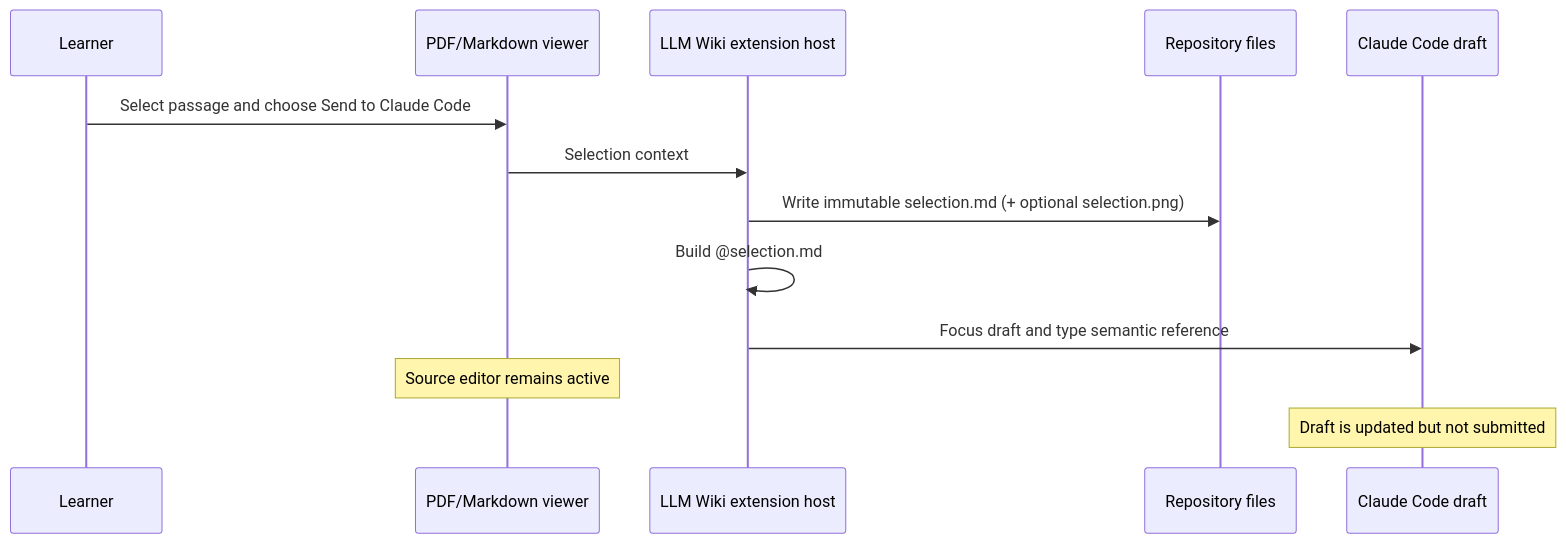
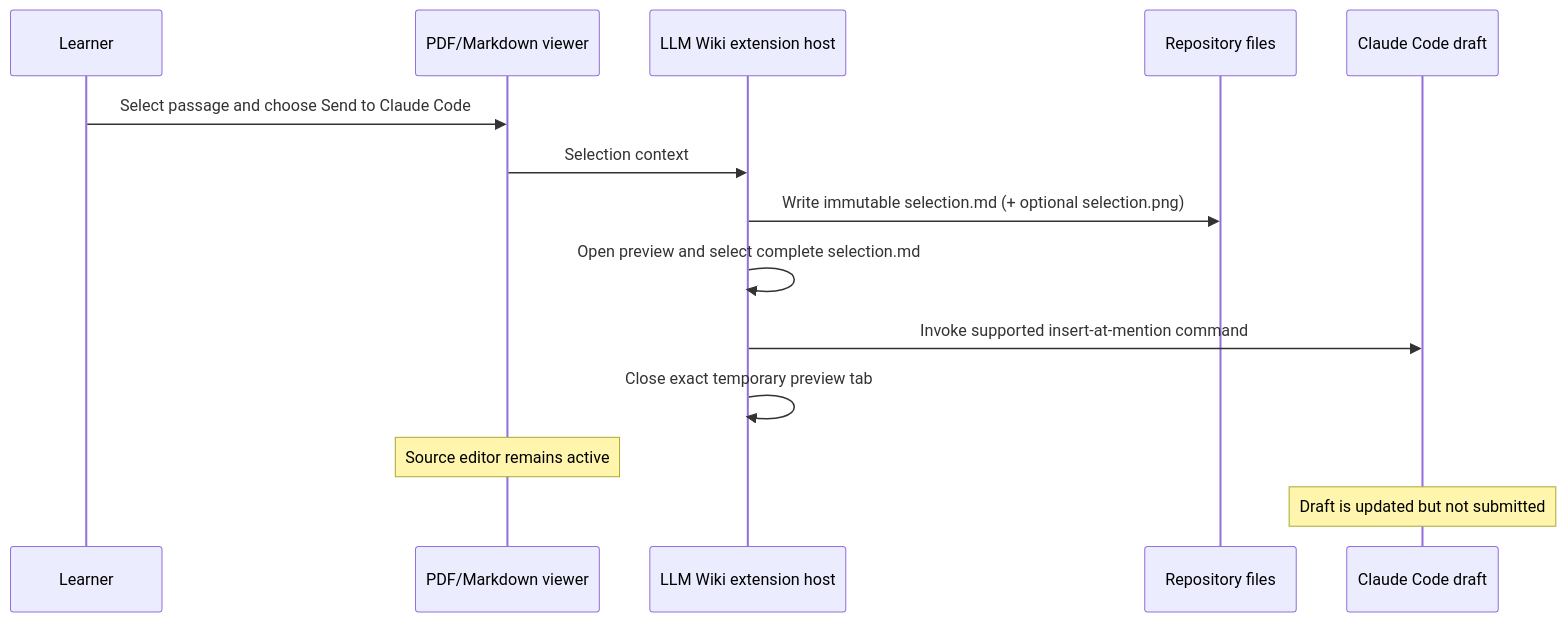
The diagram in docs/superpowers/specs/2026-08-13-claude-direct-selection-handoff-design.md (t04dJ14n9/vscode-llm-wiki), drawn with Mermaid before and after one commit. The commit also changed other lines of this file and 2 other files, not shown here.

````diff
--- a/docs/superpowers/specs/2026-08-13-claude-direct-selection-handoff-design.md
+++ b/docs/superpowers/specs/2026-08-13-claude-direct-selection-handoff-design.md
@@ -107,16 +108,17 @@
 ```mermaid
 sequenceDiagram
     participant Learner
     participant Viewer as PDF/Markdown viewer
     participant Host as LLM Wiki extension host
     participant FS as Repository files
     participant Claude as Claude Code draft
 
     Learner->>Viewer: Select passage and choose Send to Claude Code
     Viewer->>Host: Selection context
     Host->>FS: Write immutable selection.md (+ optional selection.png)
-    Host->>Host: Build @selection.md#1-N reference
-    Host->>Claude: Focus draft and type semantic reference
+    Host->>Host: Open preview and select complete selection.md
+    Host->>Claude: Invoke supported insert-at-mention command
+    Host->>Host: Close exact temporary preview tab
     Note over Viewer: Source editor remains active
     Note over Claude: Draft is updated but not submitted
 ```
````
